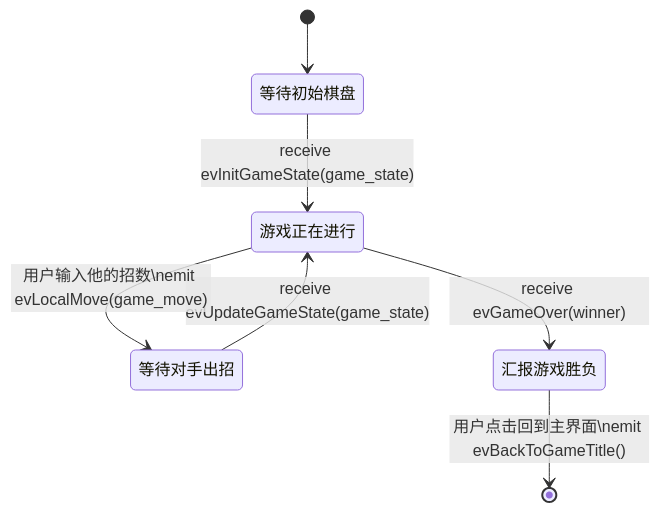
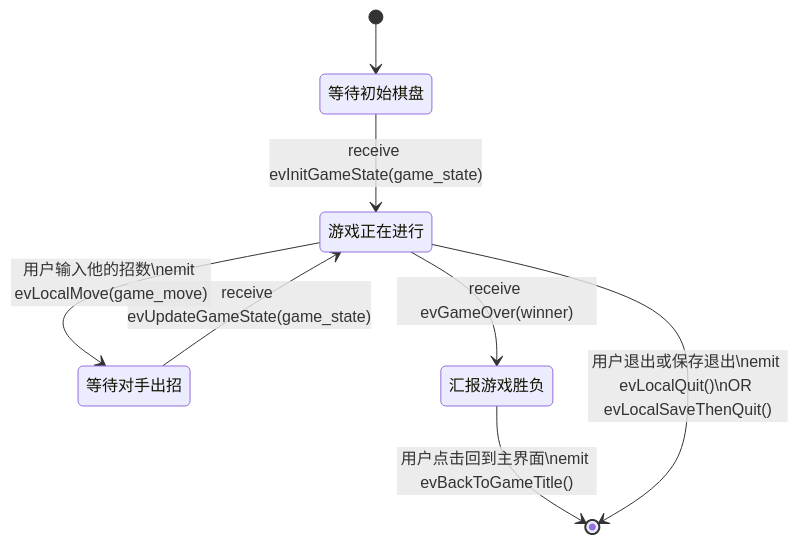
The fifth of 8 diagrams in _posts/2022-10-03-kingz-mobile-tk2.md (li6in9muyou/li6in9muyou.github.io), drawn with Mermaid before and after one commit. The commit also changed other lines of this file, not shown here.

````diff
--- a/_posts/2022-10-03-kingz-mobile-tk2.md
+++ b/_posts/2022-10-03-kingz-mobile-tk2.md
@@ -131,18 +131,20 @@
 ```mermaid
 stateDiagram-v2
 
 state "等待初始棋盘" as pre
 state "游戏正在进行" as inGame
 state "等待对手出招" as waitRemote
 state "汇报游戏胜负" as gameOver
 
 [*]-->pre
 
 pre-->inGame: receive evInitGameState(game_state)
 waitRemote-->inGame: receive evUpdateGameState(game_state)
 inGame-->waitRemote: 用户输入他的招数\nemit evLocalMove(game_move)
 
 inGame-->gameOver: receive evGameOver(winner)
 gameOver-->[*]: 用户点击回到主界面\nemit evBackToGameTitle()
 
+inGame-->[*]: 用户退出或保存退出\nemit evLocalQuit()\nOR evLocalSaveThenQuit()
+
 ```
````
